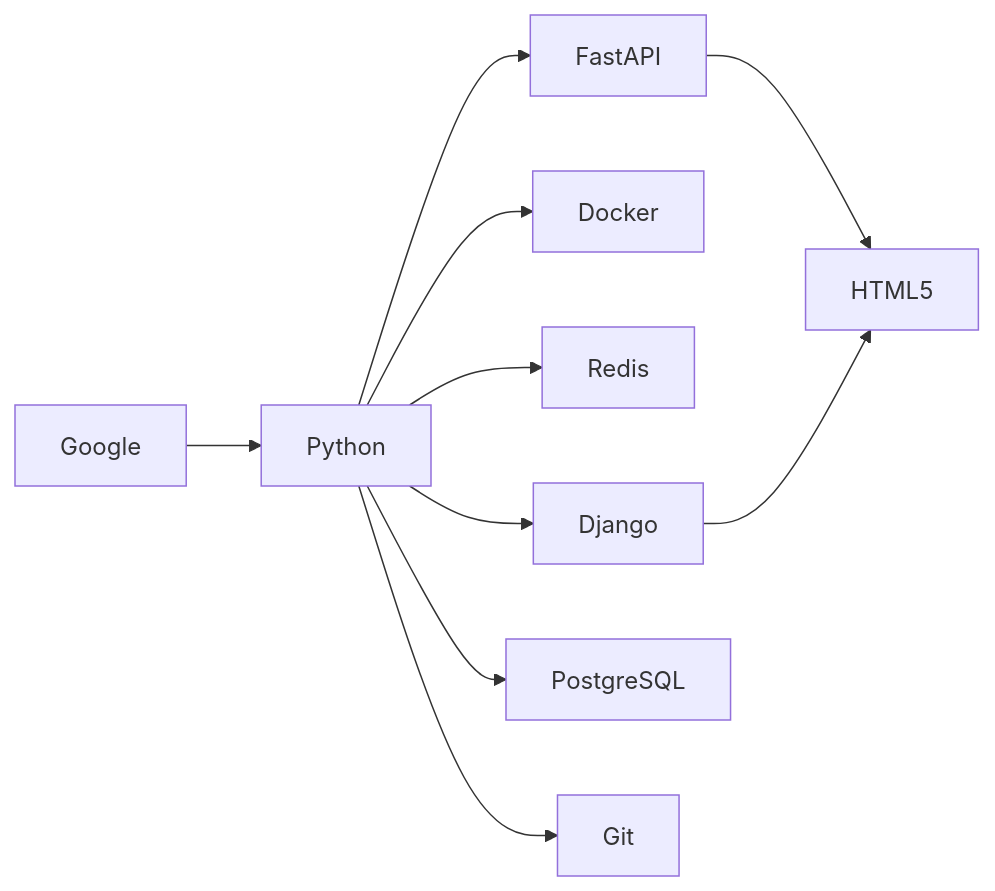
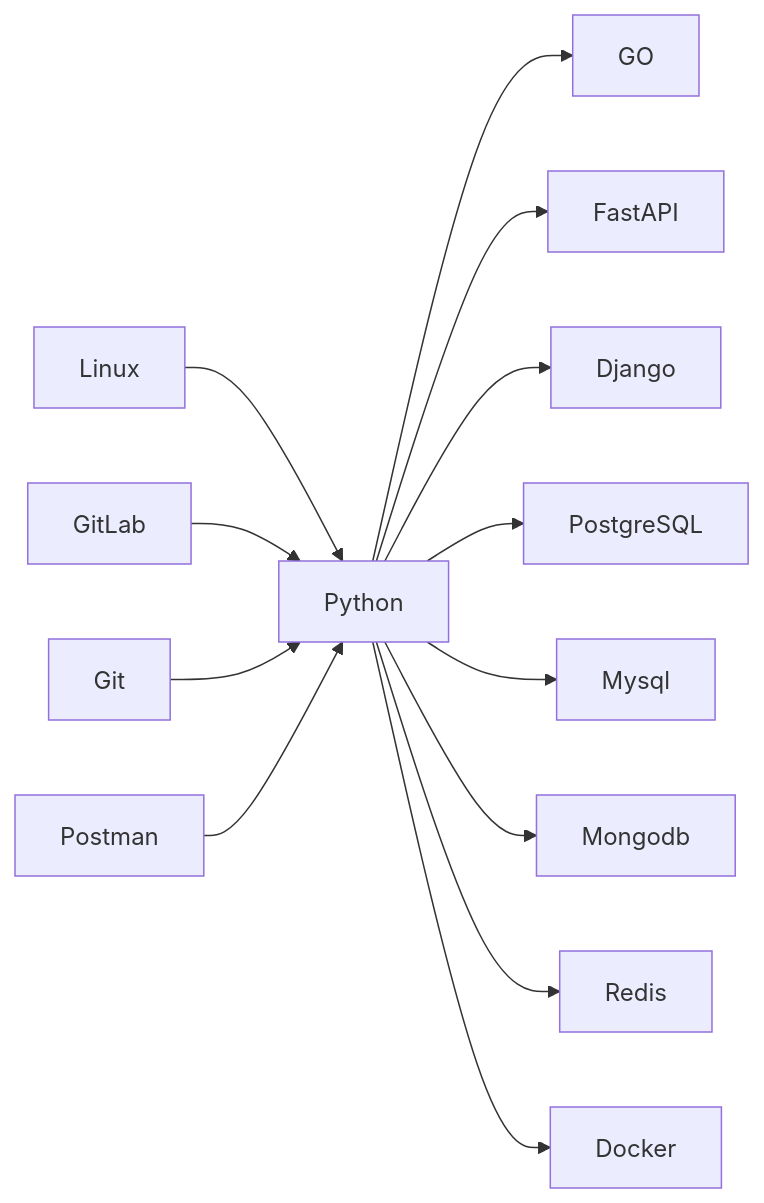
One commit to melixz/melixz changed the diagram in README.md. Above: the diagram before and after it, drawn with Mermaid. The commit also changed other lines of this file, not shown here.

````diff
--- a/README.md
+++ b/README.md
@@ -84,22 +91,30 @@
 ```mermaid
 graph LR
   A1[Python]
+  L1[Linux]
+  M1[GO]
   B1[FastAPI]
   C1[Docker]
   D1[Redis]
   E1[Django]
   F1[PostgreSQL]
-  G1[HTML5]
+  V1[Mysql]
+  N1[Mongodb]
+  X1[Postman]
   H1[Git]
-  I1[Google]
+  P1[GitLab]
 
-  I1 --> A1
+  L1 --> A1
+  A1 --> M1
   A1 --> B1
   A1 --> E1
-  A1 --> H1
+  P1 --> A1
+  H1 --> A1
   A1 --> F1
+  A1 --> V1
+  A1 --> N1
   A1 --> D1
   A1 --> C1
-  B1 --> G1
-  E1 --> G1
+  X1 --> A1
+
 ```
````
